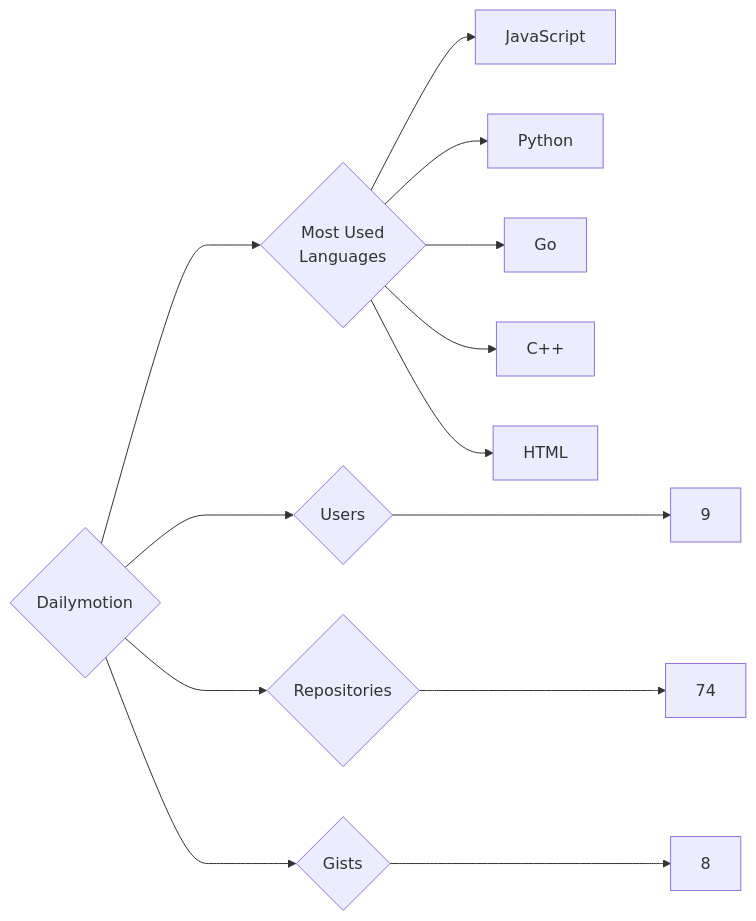
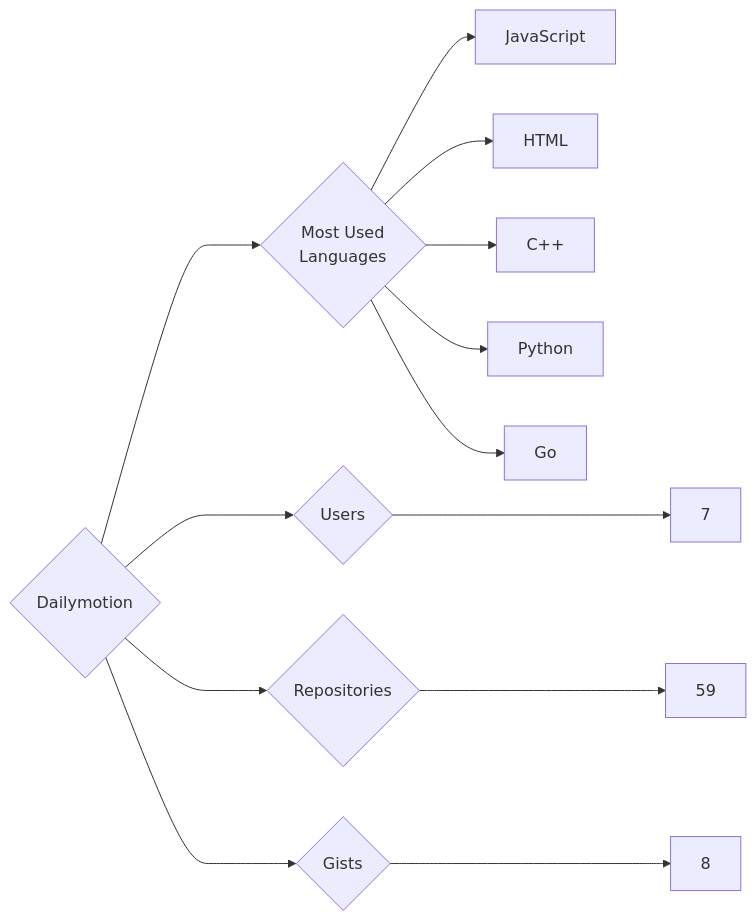
The diagram in targets/Dailymotion/README.md (trickest/insiders), drawn with Mermaid before and after one commit. The commit also changed 900 other files, not shown here.

````diff
--- a/targets/Dailymotion/README.md
+++ b/targets/Dailymotion/README.md
@@ -3,13 +3,13 @@
 ```mermaid
 graph LR
 COMPANY_NAME{Dailymotion}
-COMPANY_NAME ---> U{Users} ---> UN[9]
-COMPANY_NAME ---> R{Repositories} ---> RN[74]
+COMPANY_NAME ---> U{Users} ---> UN[7]
+COMPANY_NAME ---> R{Repositories} ---> RN[59]
 COMPANY_NAME ---> G{Gists} ---> GN[8]
 COMPANY_NAME ---> ML{Most Used<br>Languages}
 ML --> JavaScript[JavaScript]
+ML --> HTML[HTML]
+ML --> C++[C++]
 ML --> Python[Python]
 ML --> Go[Go]
-ML --> C++[C++]
-ML --> HTML[HTML]
 ```
````
